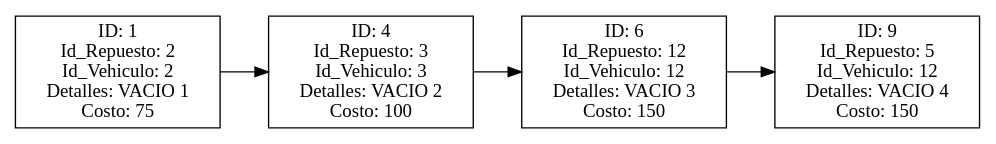
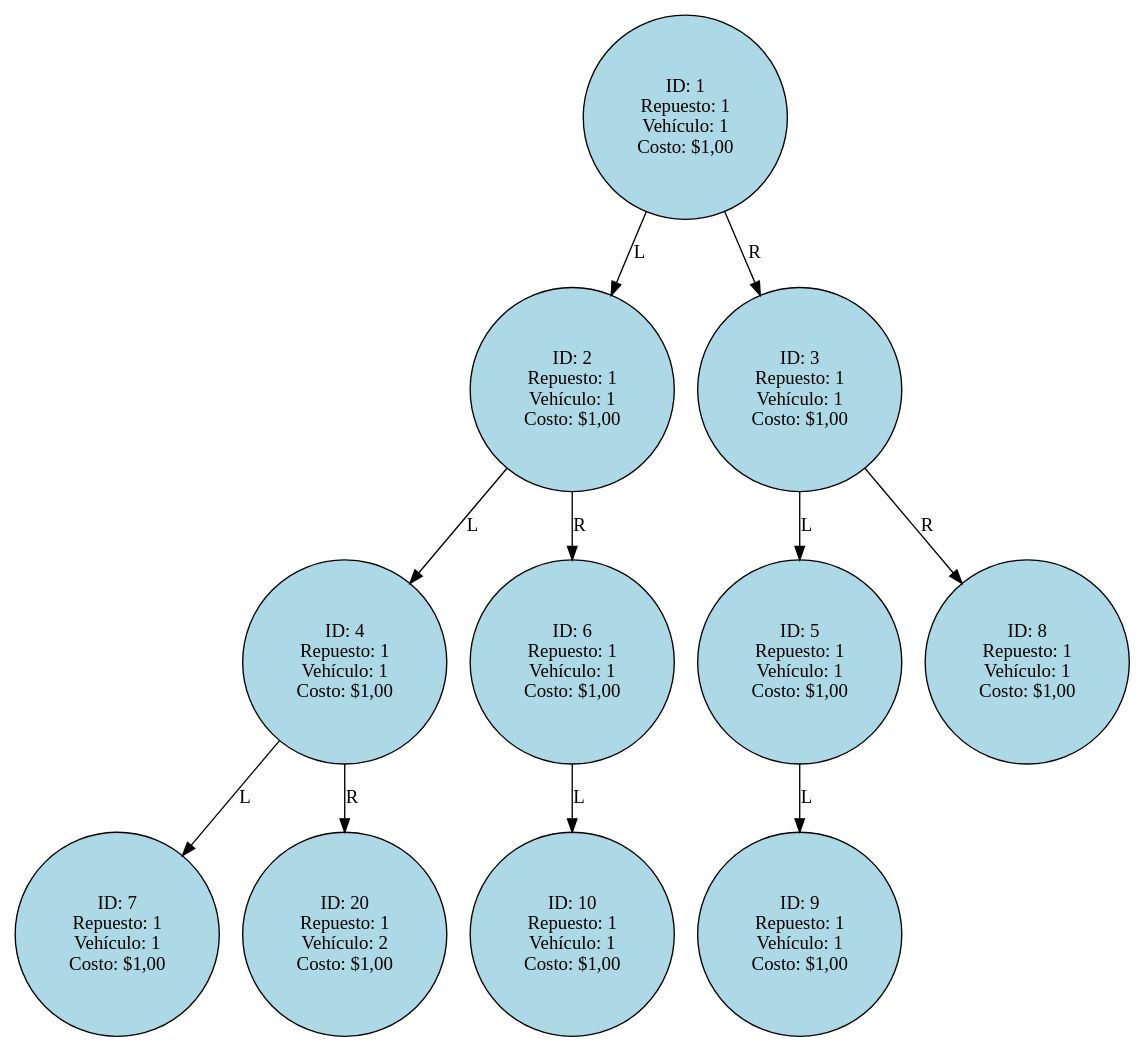
Before and after one commit to EstebanTrampe01/-EDD-1S2025_202300431: the diagram in FASE#2/AutoGest/reports/Servicios.dot, drawn with Graphviz. The commit also changed 57 other files, not shown here.

```diff
--- a/FASE#2/AutoGest/reports/Servicios.dot
+++ b/FASE#2/AutoGest/reports/Servicios.dot
@@ -1,12 +1,25 @@
 digraph G {
-rankdir=LR;
-node [shape=record];
-splines=true;
-node0 [label="ID: 1 \n Id_Repuesto: 2 \n Id_Vehiculo: 2 \n Detalles: VACIO 1 \n Costo: 75"]
-node0 -> node1;
-node1 [label="ID: 4 \n Id_Repuesto: 3 \n Id_Vehiculo: 3 \n Detalles: VACIO 2 \n Costo: 100"]
-node1 -> node2;
-node2 [label="ID: 6 \n Id_Repuesto: 12 \n Id_Vehiculo: 12 \n Detalles: VACIO 3 \n Costo: 150"]
-node2 -> node3;
-node3 [label="ID: 9 \n Id_Repuesto: 5 \n Id_Vehiculo: 12 \n Detalles: VACIO 4 \n Costo: 150"]
+node [shape=circle, style=filled, fillcolor=lightblue];
+rankdir=TB;
+node1 [label="ID: 1\nRepuesto: 1\nVehículo: 1\nCosto: $1,00"];
+node2 [label="ID: 2\nRepuesto: 1\nVehículo: 1\nCosto: $1,00"];
+node4 [label="ID: 4\nRepuesto: 1\nVehículo: 1\nCosto: $1,00"];
+node7 [label="ID: 7\nRepuesto: 1\nVehículo: 1\nCosto: $1,00"];
+node20 [label="ID: 20\nRepuesto: 1\nVehículo: 2\nCosto: $1,00"];
+node6 [label="ID: 6\nRepuesto: 1\nVehículo: 1\nCosto: $1,00"];
+node10 [label="ID: 10\nRepuesto: 1\nVehículo: 1\nCosto: $1,00"];
+node3 [label="ID: 3\nRepuesto: 1\nVehículo: 1\nCosto: $1,00"];
+node5 [label="ID: 5\nRepuesto: 1\nVehículo: 1\nCosto: $1,00"];
+node9 [label="ID: 9\nRepuesto: 1\nVehículo: 1\nCosto: $1,00"];
+node8 [label="ID: 8\nRepuesto: 1\nVehículo: 1\nCosto: $1,00"];
+node1 -> node2 [label="L"];
+node1 -> node3 [label="R"];
+node2 -> node4 [label="L"];
+node2 -> node6 [label="R"];
+node4 -> node7 [label="L"];
+node4 -> node20 [label="R"];
+node6 -> node10 [label="L"];
+node3 -> node5 [label="L"];
+node3 -> node8 [label="R"];
+node5 -> node9 [label="L"];
 }
```
